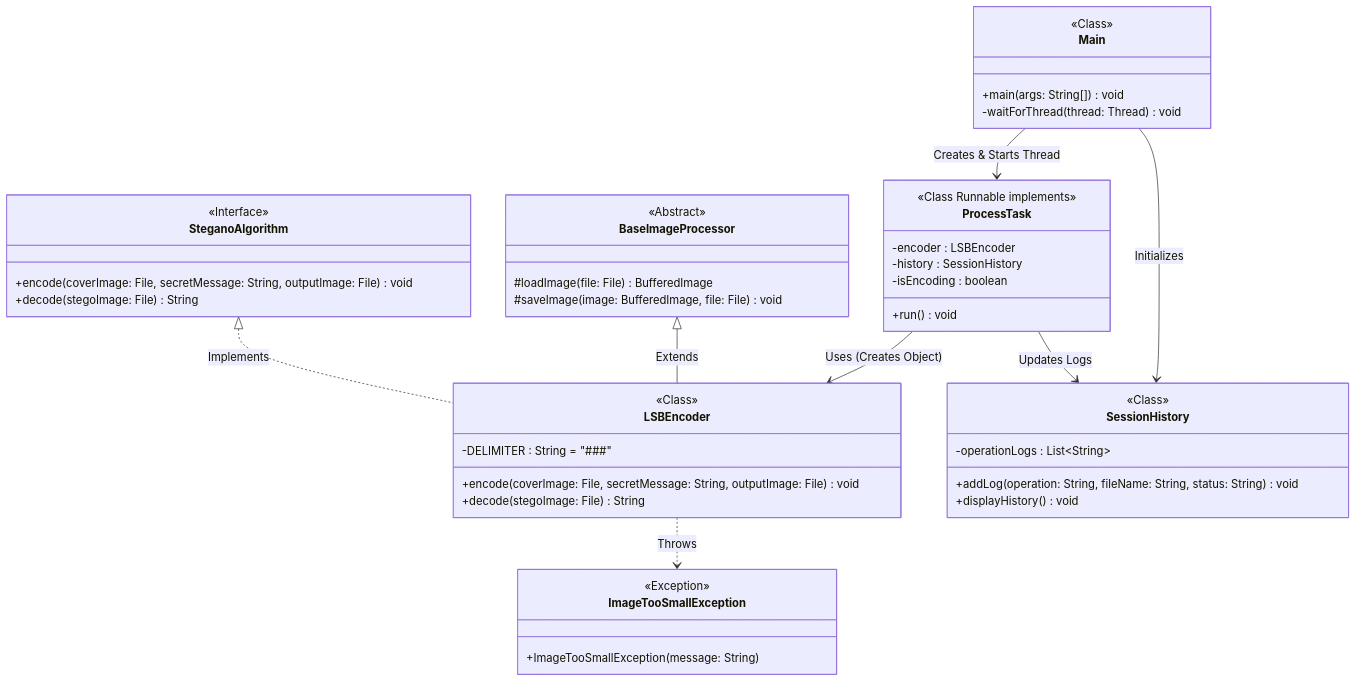
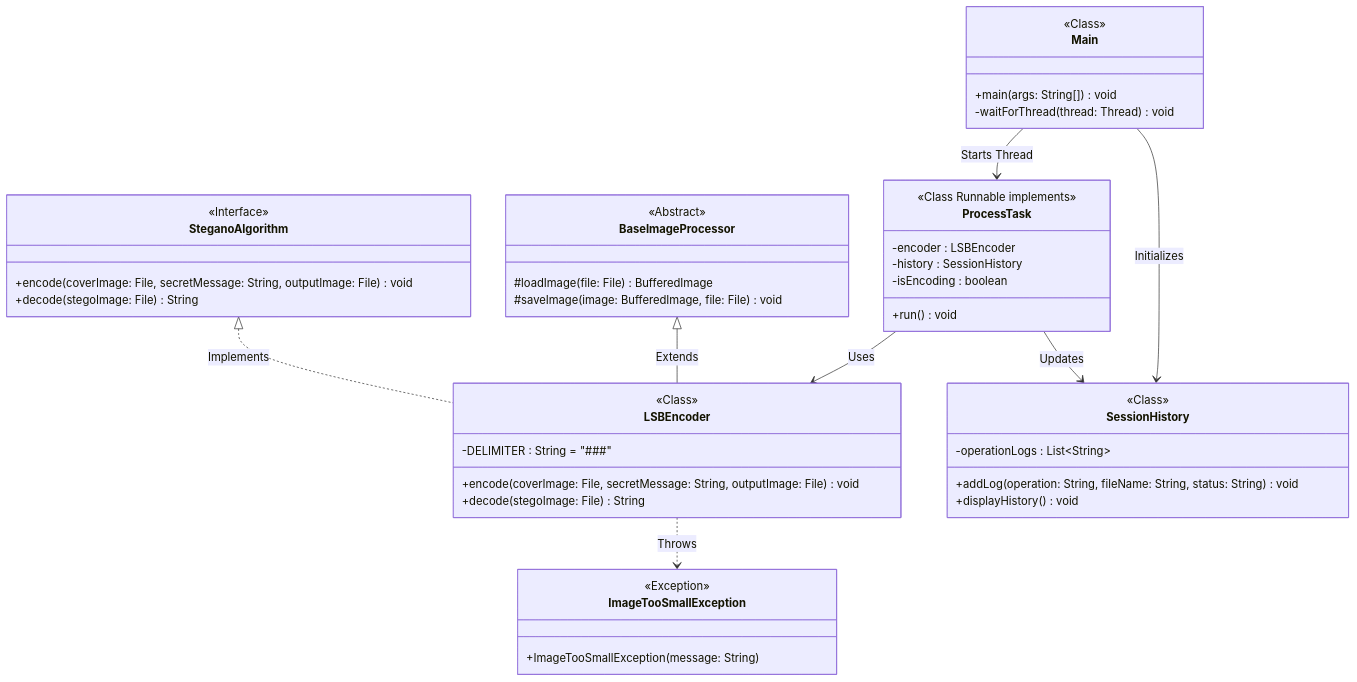
Before and after one commit to Rishu00001/steganography-java: the diagram in README.md, drawn with Mermaid. The commit also changed other lines of this file, not shown here.

First line of the commit message:
Enhance README with project details and architecture

````diff
--- a/README.md
+++ b/README.md
@@ -1,60 +23,60 @@
 ```mermaid
 classDiagram
     %% INTERFACES & ABSTRACT CLASSES
     class SteganoAlgorithm {
         <<Interface>>
         +encode(coverImage: File, secretMessage: String, outputImage: File) void
         +decode(stegoImage: File) String
     }
 
     class BaseImageProcessor {
         <<Abstract>>
         #loadImage(file: File) BufferedImage
         #saveImage(image: BufferedImage, file: File) void
     }
 
     %% CORE ENGINE CLASSES
     class LSBEncoder {
         <<Class>>
         -DELIMITER : String = "###"
         +encode(coverImage: File, secretMessage: String, outputImage: File) void
         +decode(stegoImage: File) String
     }
 
     class ImageTooSmallException {
         <<Exception>>
         +ImageTooSmallException(message: String)
     }
 
     %% MODELS & THREADS
     class SessionHistory {
         <<Class>>
         -operationLogs : List~String~
         +addLog(operation: String, fileName: String, status: String) void
         +displayHistory() void
     }
 
     class ProcessTask {
         <<Class Runnable implements>>
         -encoder : LSBEncoder
         -history : SessionHistory
         -isEncoding : boolean
         +run() void
     }
 
     class Main {
         <<Class>>
         +main(args: String[]) void
         -waitForThread(thread: Thread) void
     }
 
-    %% RELATIONSHIPS (Arrows and Connections)
+    %% RELATIONSHIPS
     SteganoAlgorithm <|.. LSBEncoder : Implements
     BaseImageProcessor <|-- LSBEncoder : Extends
     LSBEncoder ..> ImageTooSmallException : Throws
     
-    ProcessTask --> LSBEncoder : Uses (Creates Object)
-    ProcessTask --> SessionHistory : Updates Logs
-    Main --> ProcessTask : Creates & Starts Thread
+    ProcessTask --> LSBEncoder : Uses
+    ProcessTask --> SessionHistory : Updates
+    Main --> ProcessTask : Starts Thread
     Main --> SessionHistory : Initializes
 ```
````
